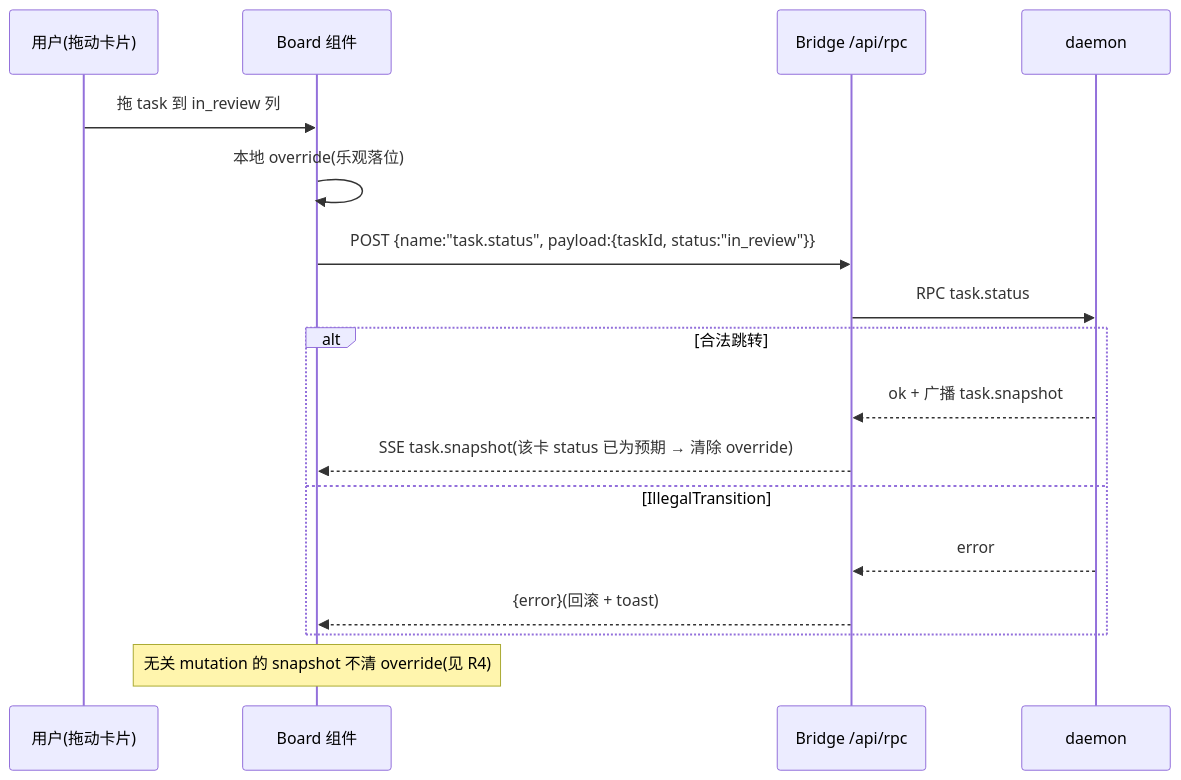
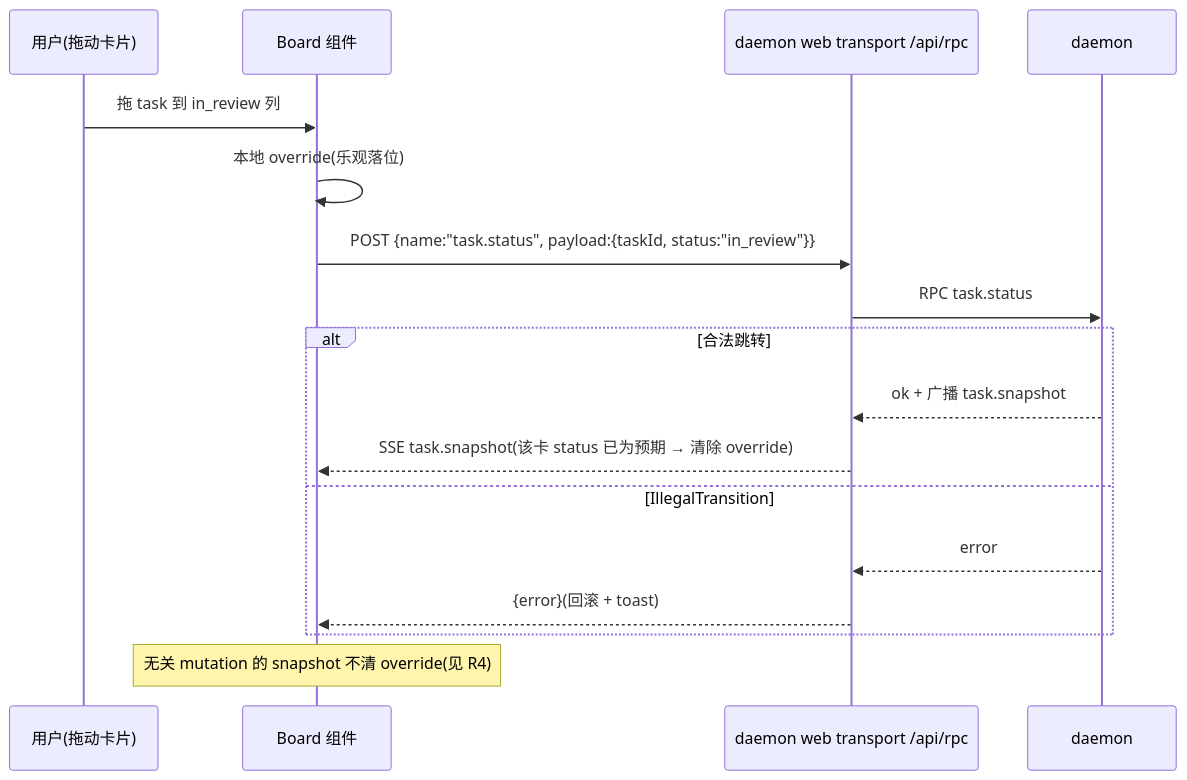
The second of 2 diagrams in docs/design/web-kanban.md (Sma1lboy/kobe), drawn with Mermaid before and after one commit. The commit also changed other lines of this file and 2 other files, not shown here.

Commit message:
docs: align agent docs with daemon web transport
Refresh the operator manual and web design notes after the daemon-owned web transport migration. Replace current-facing bridge diagrams and lifetime guidance with the daemon web transport shape while leaving historical MCP/legacy bridge docs intact.

````diff
--- a/docs/design/web-kanban.md
+++ b/docs/design/web-kanban.md
@@ -284,19 +283,19 @@
 ```mermaid
 sequenceDiagram
   participant U as 用户(拖动卡片)
   participant B as Board 组件
-  participant BR as Bridge /api/rpc
+  participant Web as daemon web transport /api/rpc
   participant D as daemon
   U->>B: 拖 task 到 in_review 列
   B->>B: 本地 override(乐观落位)
-  B->>BR: POST {name:"task.status", payload:{taskId, status:"in_review"}}
-  BR->>D: RPC task.status
+  B->>Web: POST {name:"task.status", payload:{taskId, status:"in_review"}}
+  Web->>D: RPC task.status
   alt 合法跳转
-    D-->>BR: ok + 广播 task.snapshot
-    BR-->>B: SSE task.snapshot(该卡 status 已为预期 → 清除 override)
+    D-->>Web: ok + 广播 task.snapshot
+    Web-->>B: SSE task.snapshot(该卡 status 已为预期 → 清除 override)
   else IllegalTransition
-    D-->>BR: error
-    BR-->>B: {error}(回滚 + toast)
+    D-->>Web: error
+    Web-->>B: {error}(回滚 + toast)
   end
   Note over B: 无关 mutation 的 snapshot 不清 override(见 R4)
 ```
````
